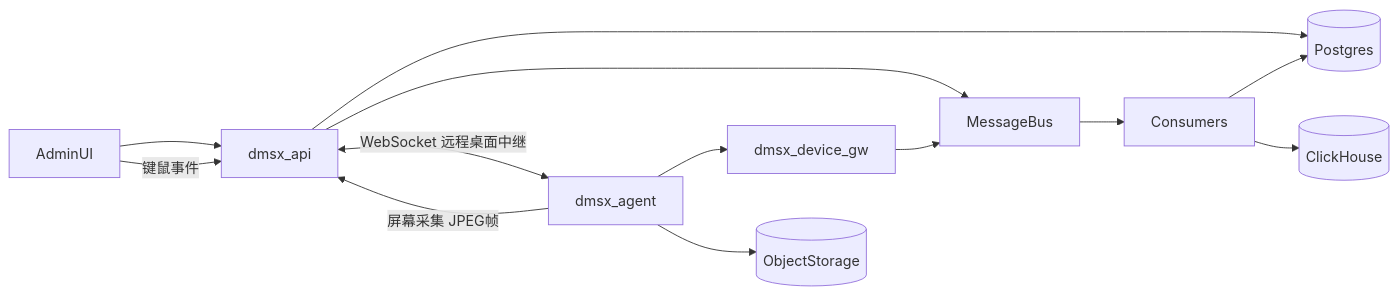
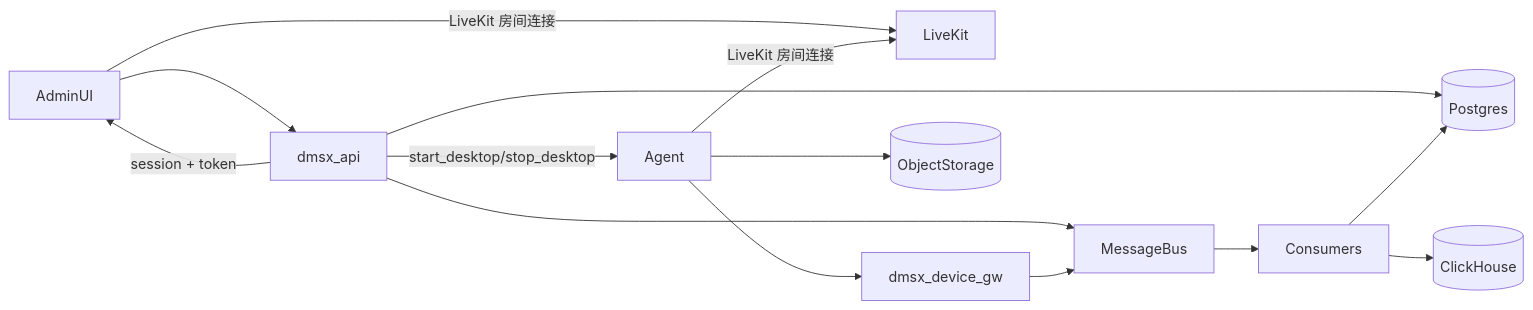
Before and after one commit to zyxof2016/dmsx: the diagram in docs/ARCHITECTURE.md, drawn with Mermaid. The commit also changed other lines of this file and 45 other files, not shown here.

````diff
--- a/docs/ARCHITECTURE.md
+++ b/docs/ARCHITECTURE.md
@@ -43,15 +43,16 @@
 ```mermaid
 flowchart LR
   Admin[AdminUI] --> ApiGW[dmsx_api]
   ApiGW --> PG[(Postgres)]
   ApiGW --> Bus[MessageBus]
-  ApiGW <-->|WebSocket 远程桌面中继| Agent[dmsx_agent]
+  Admin -->|LiveKit 房间连接| LK[LiveKit]
+  Agent -->|LiveKit 房间连接| LK
   Agent --> DevGW[dmsx_device_gw]
   DevGW --> Bus
   Bus --> Workers[Consumers]
   Workers --> PG
   Workers --> CH[(ClickHouse)]
   Agent --> S3[(ObjectStorage)]
-  Agent -->|屏幕采集 JPEG帧| ApiGW
-  Admin -->|键鼠事件| ApiGW
+  ApiGW -->|session + token| Admin
+  ApiGW -->|start_desktop/stop_desktop| Agent
 ```
````
